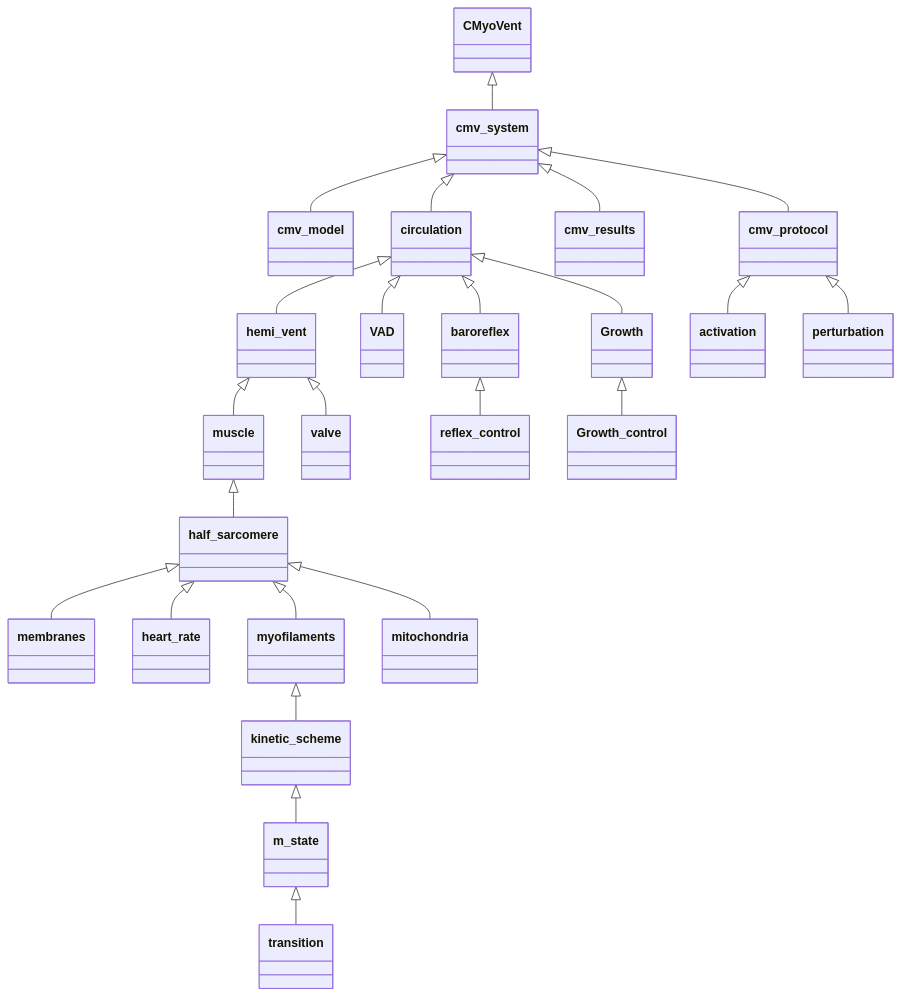
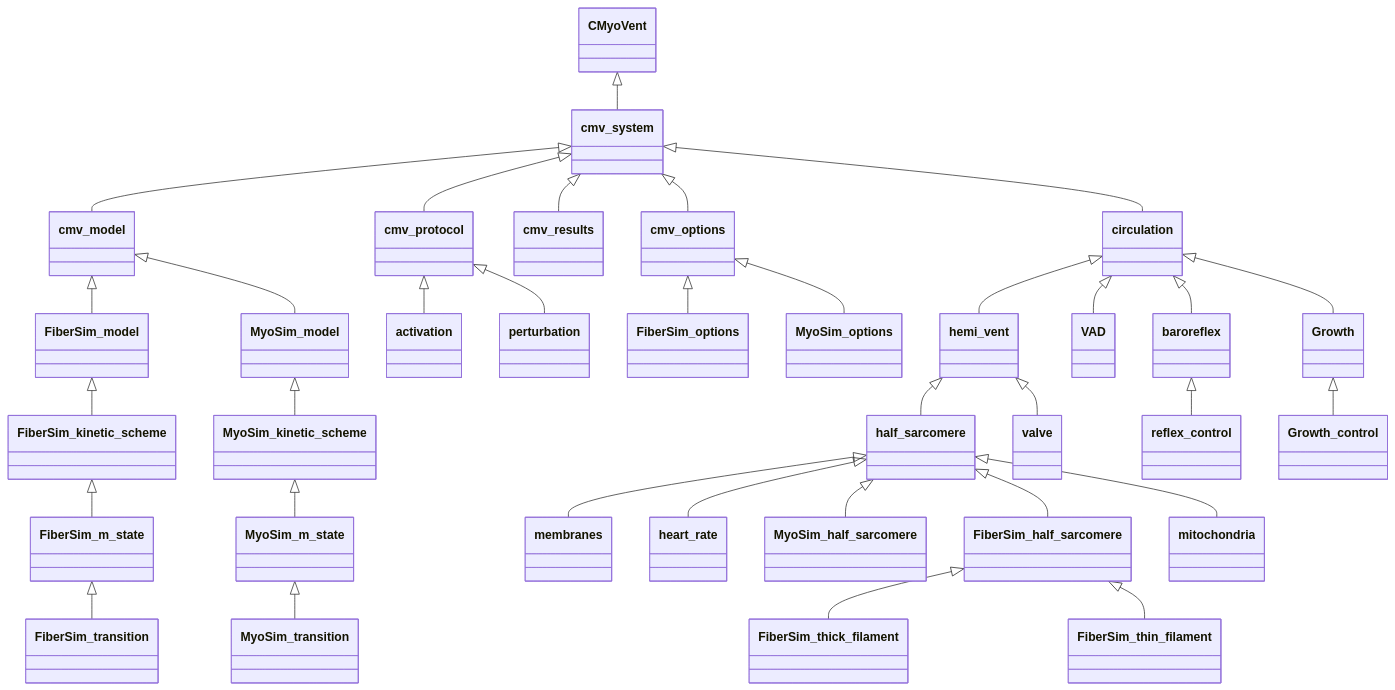
One commit to Campbell-Muscle-Lab/MyoVent changed the diagram in README.md. Above: the diagram before and after it, drawn with Mermaid. The commit also changed 28 other files, not shown here.

`````diff
--- a/README.md
+++ b/README.md
@@ -3,80 +3,52 @@
 ````mermaid
 
 classDiagram
-
+    
     CMyoVent <|-- cmv_system
+    
     cmv_system <|-- cmv_model
     cmv_system <|-- cmv_protocol
     cmv_system <|-- cmv_results
+    cmv_system <|-- cmv_options
     cmv_system <|-- circulation
+
+    cmv_model <|-- FiberSim_model
+    cmv_model <|-- MyoSim_model
+
+    cmv_protocol <|-- activation
+    cmv_protocol <|-- perturbation
+
+    cmv_options <|-- FiberSim_options
+    cmv_options <|-- MyoSim_options
+
     circulation <|-- hemi_vent
     circulation <|-- VAD
     circulation <|-- baroreflex
     circulation <|-- Growth
-    hemi_vent <|-- muscle
+    
+    hemi_vent <|-- half_sarcomere
     hemi_vent <|-- valve
-    muscle <|-- half_sarcomere
+    
     half_sarcomere <|-- membranes
     half_sarcomere <|-- heart_rate
-    half_sarcomere <|-- myofilaments
+    half_sarcomere <|-- MyoSim_half_sarcomere
+    half_sarcomere <|-- FiberSim_half_sarcomere
     half_sarcomere <|-- mitochondria
-    myofilaments <|--kinetic_scheme
-    kinetic_scheme <|-- m_state
-    m_state <|-- transition
+
     baroreflex <|-- reflex_control
+    
     Growth <|-- Growth_control
-    cmv_protocol <|-- activation
-    cmv_protocol <|-- perturbation
     
-    %% cmv_system: + *cmv_model p_cmv_model
-    %% cmv_system: + run_simulation()
+    FiberSim_model <|-- FiberSim_kinetic_scheme
+    FiberSim_kinetic_scheme <|-- FiberSim_m_state
+    FiberSim_m_state <|-- FiberSim_transition
+    
+    MyoSim_model <|-- MyoSim_kinetic_scheme
+    MyoSim_kinetic_scheme <|-- MyoSim_m_state
+    MyoSim_m_state <|-- MyoSim_transition
 
-    %% circulation: +circ_blood_volume
-    %% circulation: +circ_no_of_compartments
-    %% circulation: +circ_resistance[]
-    %% circulation: +circ_compliance[]
-    %% circulation: +circ_slack_volume[]
-    %% circulation: +circ_inertance[]
-    %% circulation: +circ_pressure[]
-    %% circulation: +circ_volume[]
-    %% circulation: +circ_flow[]
-    %% circulation: +circ_total_slack_volume
-
-    %% cmv_results: +no_of_time_points
-    %% cmv_results: +no_of_beats
-    %% cmv_results: +last_beat_t_index
-    %% cmv_results: +field_indices_[many]
-
-    %% hemi_vent: +vent_wall_density
-    %% hemi_vent: +vent_wall_volume
-    %% hemi_vent: +vent_chamber_volume
-    %% hemi_vent: +vent_chamber_pressure
-    %% hemi_vent: +vent_wall_thickness
-    %% hemi_vent: +vent_n_hs
-    %% hemi_vent: +vent_circumference
-    %% hemi_vent: +vent_stroke_work_J
-    %% hemi_vent: +vent_energy_used_J
-    %% hemi_vent: +vent_efficiency
-    %% hemi_vent: +vent_ATP_used_per_s
-
-    %% half_sarcomere: + hs_prop_fibrosis
-    %% half_sarcomere: + hs_prop_myofilaments
-    %% half_sarcomere: + hs_length
-    %% half_sarcomere: + hs_stress
-    %% half_sarcomere: + hs_ATP_concentration
-    %% half_sarcomere: + hs_delta_G_ATP
-
-    %% valve: + valve_pos
-    %% valve: + valve_vel
-    %% valve: + valve_name
-    %% valve: + valve_mass
-    %% valve: + valve_eta
-    %% valve: + valve_k
-
-    %% mitochondria: + volume
-    %% mitochondria: + mito_ATP_generation_rate
-    %% mitochondria: + mito_ATP_generated_M_per_s
-
+    FiberSim_half_sarcomere <|-- FiberSim_thick_filament
+    FiberSim_half_sarcomere <|-- FiberSim_thin_filament
 
 
 ````
`````
